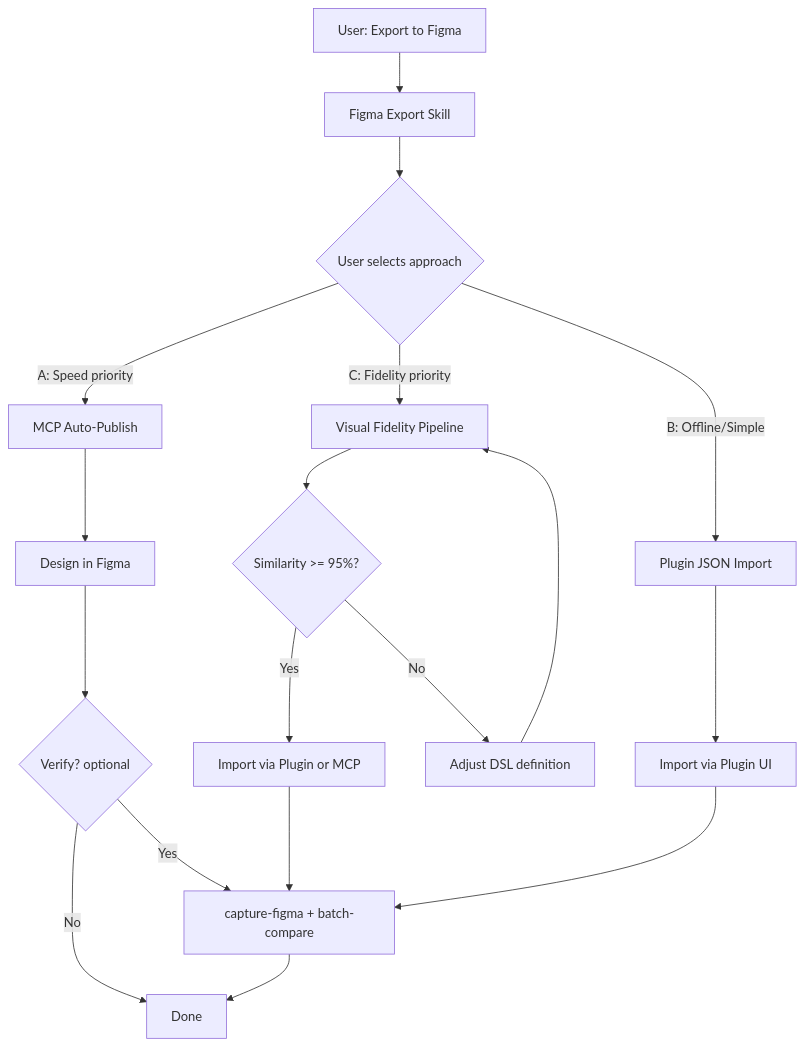
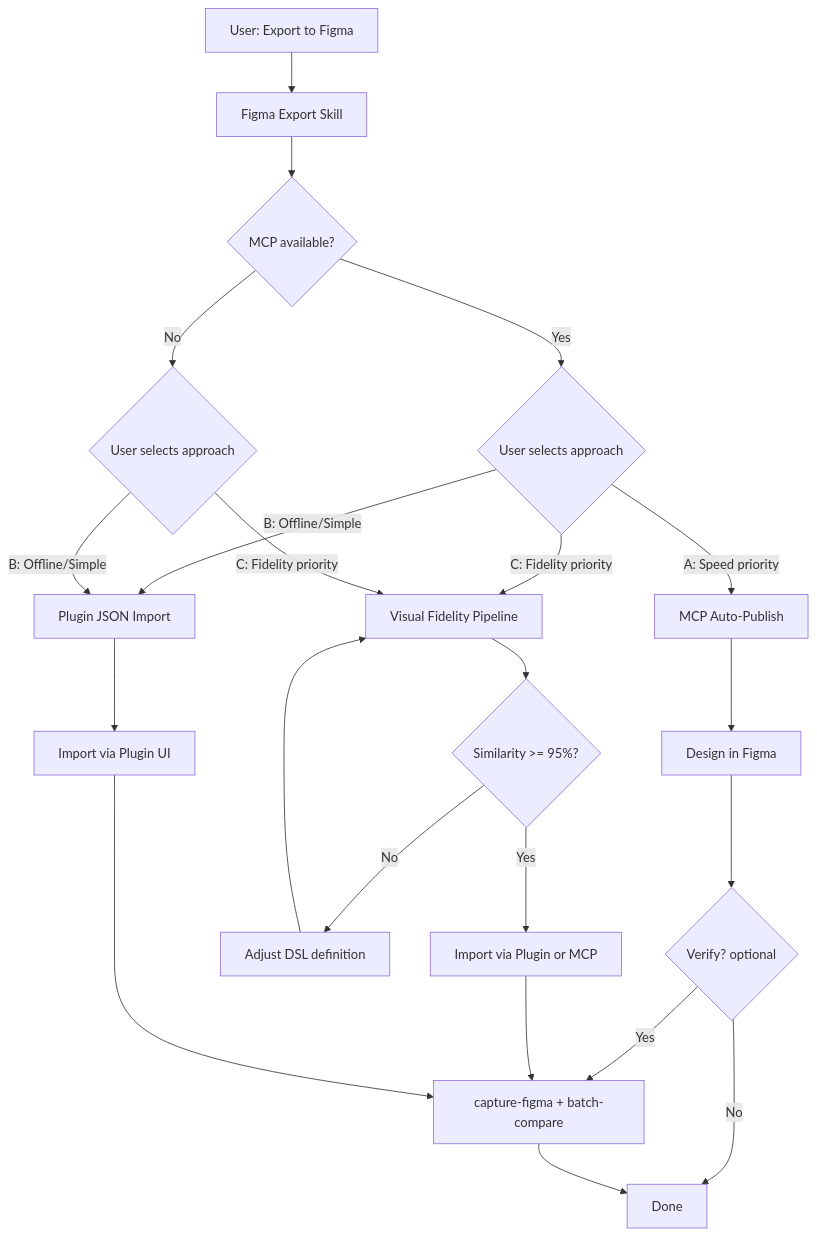
One commit to TETRA2000/figma-component-dsl changed the fourth of 7 diagrams in .kiro/specs/claude-desktop-interactive-workflow/design.md. Above: the diagram before and after it, drawn with Mermaid. The commit also changed other lines of this file and 2 other files, not shown here.

First line of the commit message:
Apply design review fixes: sync merge, MCP pre-check, git strategy

````diff
--- a/.kiro/specs/claude-desktop-interactive-workflow/design.md
+++ b/.kiro/specs/claude-desktop-interactive-workflow/design.md
@@ -193,27 +193,34 @@
 ```mermaid
 flowchart TB
     User[User: Export to Figma]
     Skill[Figma Export Skill]
+    MCPCheck{MCP available?}
     Choice{User selects approach}
 
     User --> Skill
-    Skill --> Choice
+    Skill --> MCPCheck
+
+    MCPCheck -->|Yes| Choice
+    MCPCheck -->|No| ChoiceNoMCP{User selects approach}
 
     Choice -->|A: Speed priority| MCP[MCP Auto-Publish]
     Choice -->|B: Offline/Simple| Plugin[Plugin JSON Import]
     Choice -->|C: Fidelity priority| Pipeline[Visual Fidelity Pipeline]
+
+    ChoiceNoMCP -->|B: Offline/Simple| Plugin
+    ChoiceNoMCP -->|C: Fidelity priority| Pipeline
 
     MCP --> MCPDone[Design in Figma]
     Plugin --> PluginDone[Import via Plugin UI]
     Pipeline --> Verify{Similarity >= 95%?}
     Verify -->|Yes| PipelineImport[Import via Plugin or MCP]
     Verify -->|No| Fix[Adjust DSL definition]
     Fix --> Pipeline
 
     MCPDone --> PostVerifyMCP{Verify? optional}
     PostVerifyMCP -->|Yes| PostVerify[capture-figma + batch-compare]
     PostVerifyMCP -->|No| Done[Done]
     PipelineImport --> PostVerify
     PluginDone --> PostVerify
     PostVerify --> Done
 ```
````
